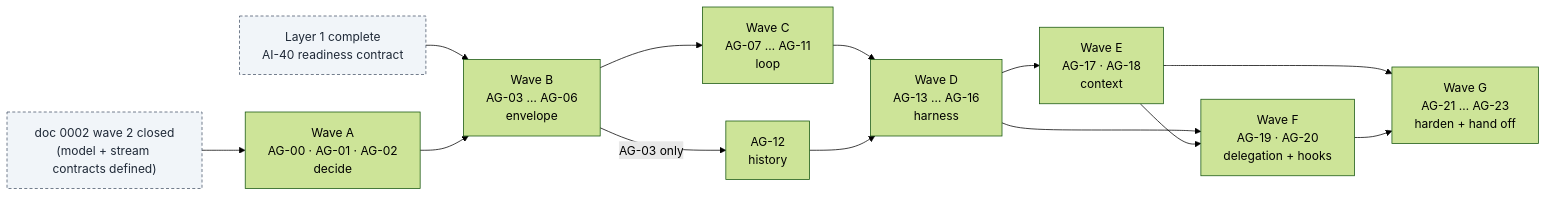
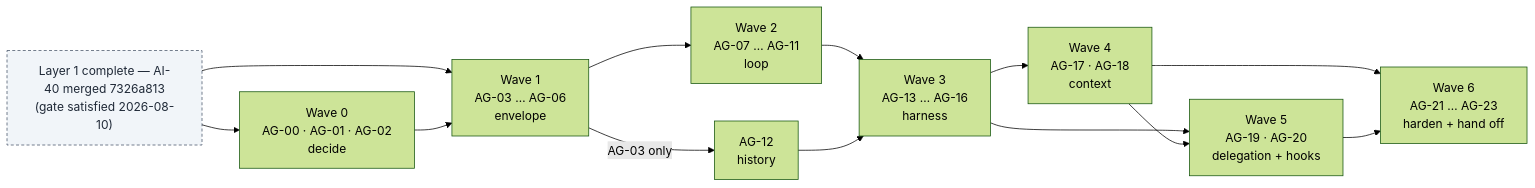
Before and after one commit to witsaba/cachicamas: the first of 28 diagrams in docs/architecture/milestones/0003-cachicamas-agent-layer-2-task-graph.md, drawn with Mermaid (forest theme). The commit also changed other lines of this file and 3 other files, not shown here.

````diff
--- a/docs/architecture/milestones/0003-cachicamas-agent-layer-2-task-graph.md
+++ b/docs/architecture/milestones/0003-cachicamas-agent-layer-2-task-graph.md
@@ -95,18 +141,18 @@
 ```mermaid
 flowchart LR
-    W45["doc 0002 wave 2 closed<br/>(model + stream contracts defined)"] --> WA["Wave A<br/>AG-00 · AG-01 · AG-02<br/>decide"]
-    L1["Layer 1 complete<br/>AI-40 readiness contract"] --> WB
-    WA --> WB["Wave B<br/>AG-03 … AG-06<br/>envelope"]
-    WB --> WC["Wave C<br/>AG-07 … AG-11<br/>loop"]
-    WB -- "AG-03 only" --> WD12["AG-12<br/>history"]
-    WC --> WD["Wave D<br/>AG-13 … AG-16<br/>harness"]
-    WD12 --> WD
-    WD --> WE["Wave E<br/>AG-17 · AG-18<br/>context"]
-    WD --> WF["Wave F<br/>AG-19 · AG-20<br/>delegation + hooks"]
-    WE --> WF
-    WE --> WG["Wave G<br/>AG-21 … AG-23<br/>harden + hand off"]
-    WF --> WG
+    L1["Layer 1 complete — AI-40 merged 7326a813<br/>(gate satisfied 2026-08-10)"] --> W0["Wave 0<br/>AG-00 · AG-01 · AG-02<br/>decide"]
+    L1 --> W1
+    W0 --> W1["Wave 1<br/>AG-03 … AG-06<br/>envelope"]
+    W1 --> W2["Wave 2<br/>AG-07 … AG-11<br/>loop"]
+    W1 -- "AG-03 only" --> W3H["AG-12<br/>history"]
+    W2 --> W3["Wave 3<br/>AG-13 … AG-16<br/>harness"]
+    W3H --> W3
+    W3 --> W4["Wave 4<br/>AG-17 · AG-18<br/>context"]
+    W3 --> W5["Wave 5<br/>AG-19 · AG-20<br/>delegation + hooks"]
+    W4 --> W5
+    W4 --> W6["Wave 6<br/>AG-21 … AG-23<br/>harden + hand off"]
+    W5 --> W6
 
     classDef gate fill:#f1f5f9,stroke:#475569,color:#1f2937,stroke-dasharray: 4 3
-    class L1,W45 gate
+    class L1 gate
 ```
````
